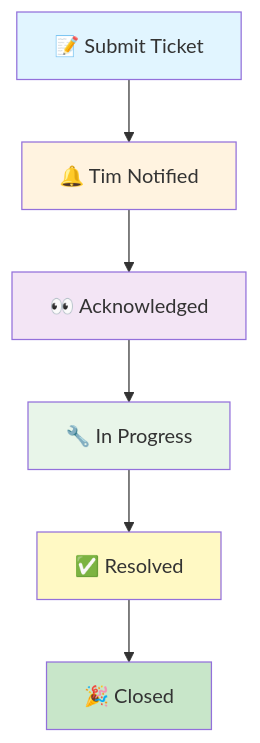
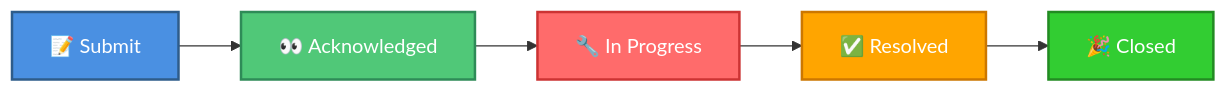
Before and after one commit to deng-group/helpdesk: the diagram in README.md, drawn with Mermaid.

Commit message:
Refactor ticket submission flow diagram for improved clarity and visual consistency

````diff
--- a/README.md
+++ b/README.md
@@ -29,15 +29,13 @@
 ```mermaid
-graph TD
-    A[📝 Submit Ticket] --> B[🔔 Tim Notified]
-    B --> C[👀 Acknowledged]
-    C --> D[🔧 In Progress]
-    D --> E[✅ Resolved]
-    E --> F[🎉 Closed]
+flowchart LR
+    A["📝 Submit"] --> B["👀 Acknowledged"]
+    B --> C["🔧 In Progress"]
+    C --> D["✅ Resolved"]
+    D --> E["🎉 Closed"]
 
-    style A fill:#e1f5ff
-    style B fill:#fff3e0
-    style C fill:#f3e5f5
-    style D fill:#e8f5e9
-    style E fill:#fff9c4
-    style F fill:#c8e6c9
+    style A fill:#4A90E2,stroke:#2E5C8A,stroke-width:2px,color:#fff
+    style B fill:#50C878,stroke:#2E8B57,stroke-width:2px,color:#fff
+    style C fill:#FF6B6B,stroke:#CC3333,stroke-width:2px,color:#fff
+    style D fill:#FFA500,stroke:#CC7700,stroke-width:2px,color:#fff
+    style E fill:#32CD32,stroke:#228B22,stroke-width:2px,color:#fff
 ```
````
